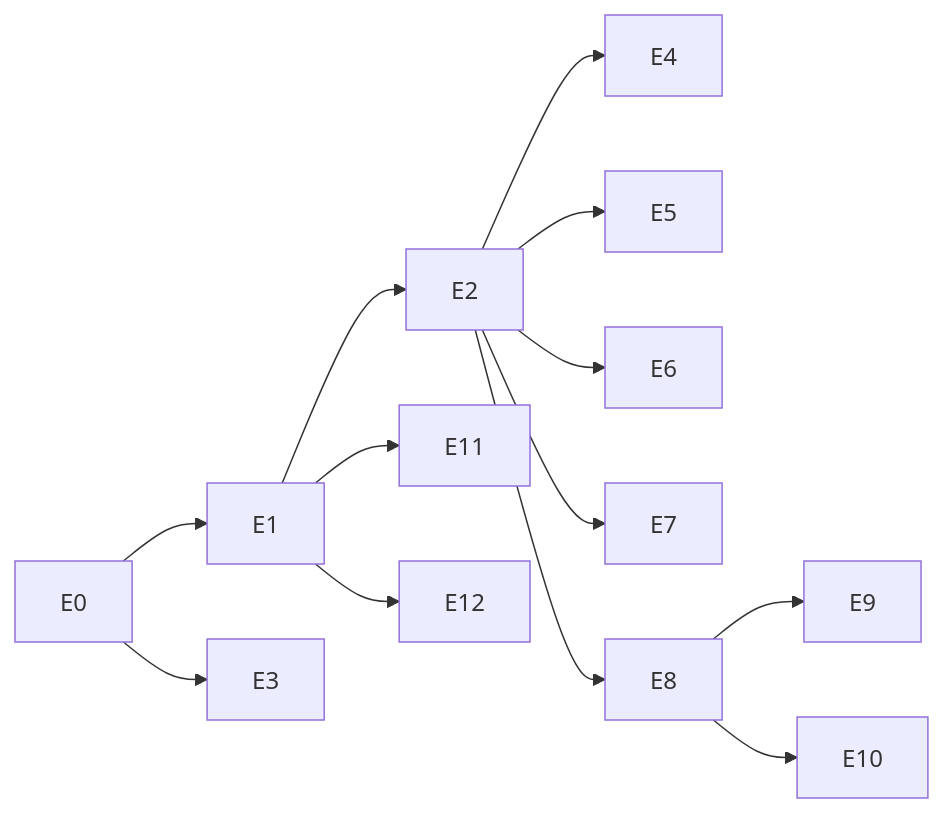
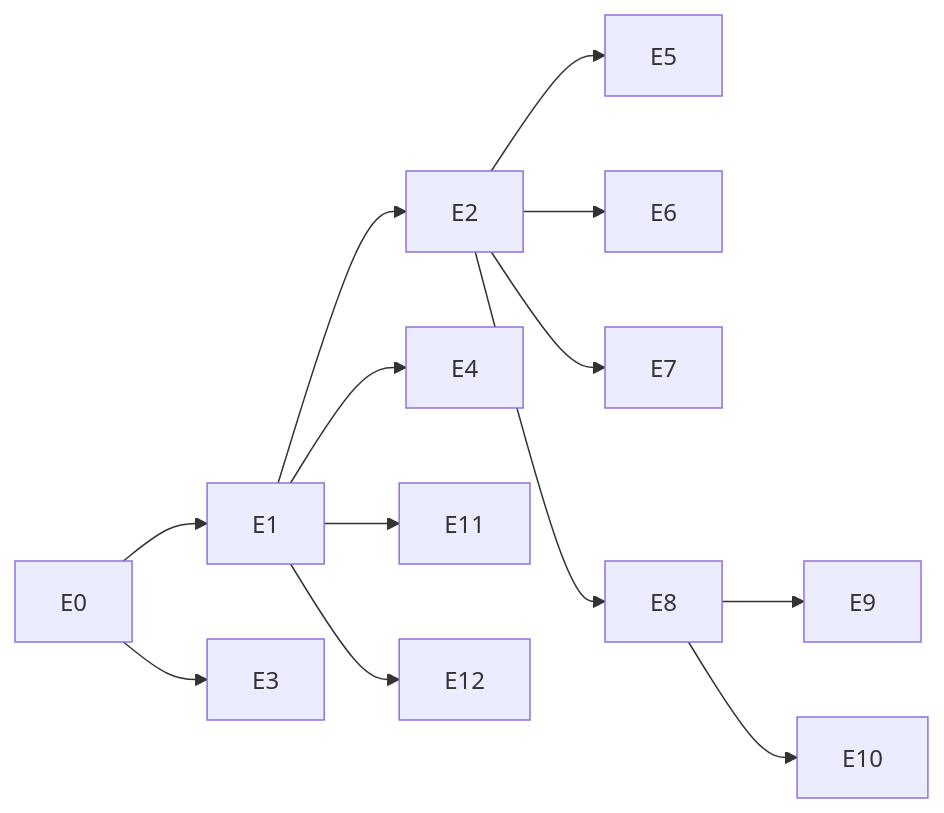
Before and after one commit to jakeboardman47/keese: the diagram in docs/plans/expansion/README.md, drawn with Mermaid. The commit also changed other lines of this file, not shown here.

````diff
--- a/docs/plans/expansion/README.md
+++ b/docs/plans/expansion/README.md
@@ -64,15 +64,15 @@
 ```mermaid
 graph LR
   E0 --> E1
   E0 --> E3
   E1 --> E2
+  E1 --> E4
   E1 --> E11
   E1 --> E12
-  E2 --> E4
   E2 --> E5
   E2 --> E6
   E2 --> E7
   E2 --> E8
   E8 --> E9
   E8 --> E10
 ```
````
